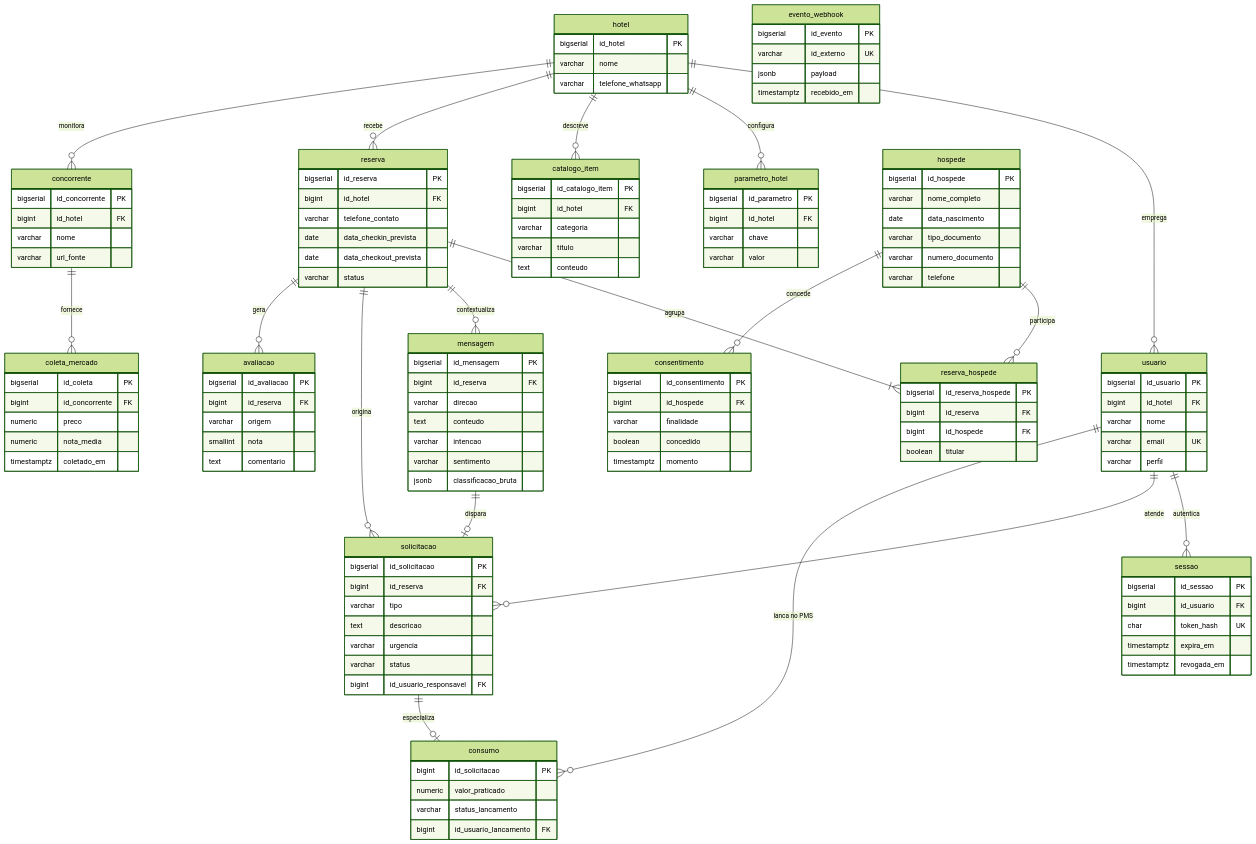
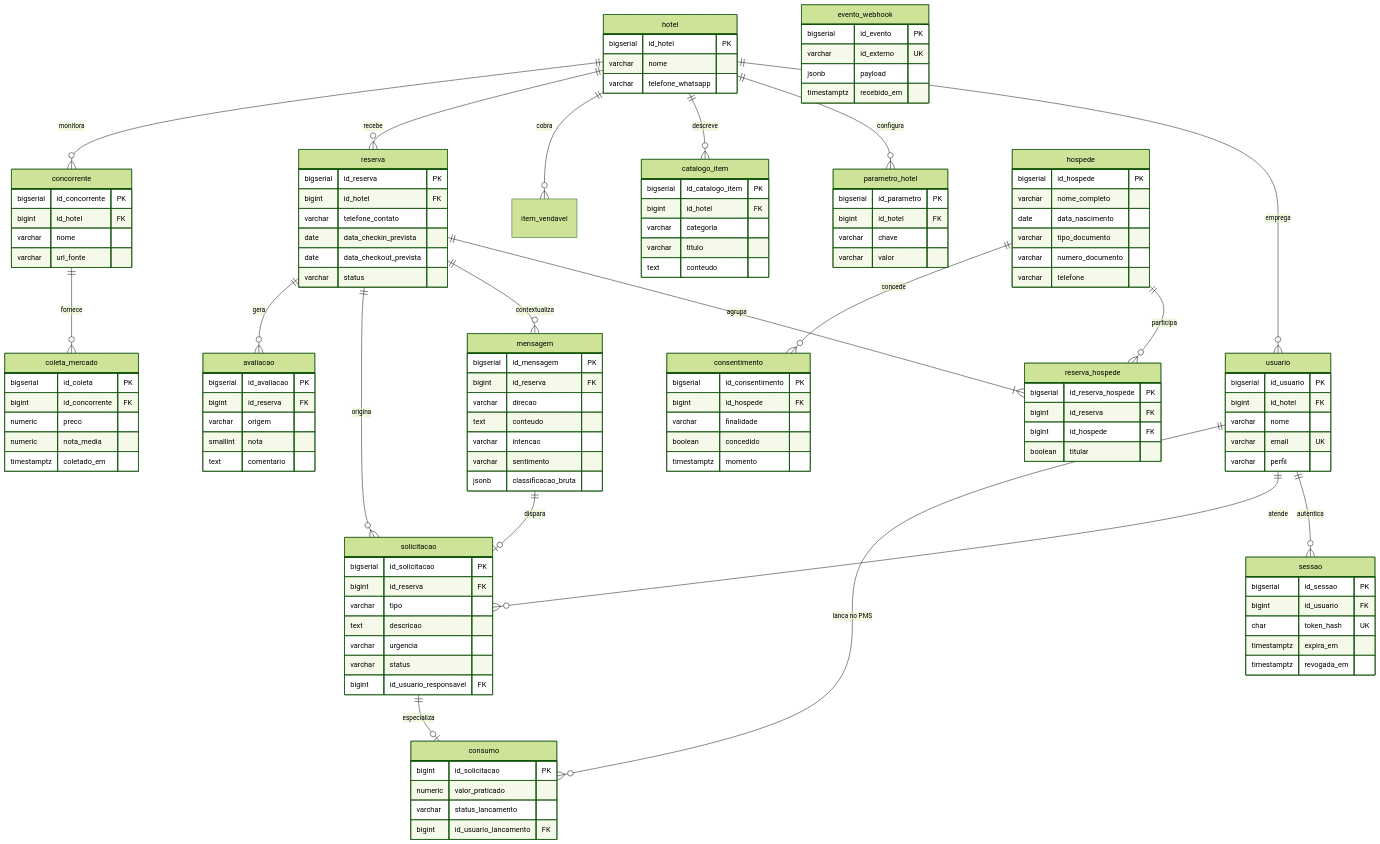
One commit to ThiagoAlvesFeitosa/omnistay changed the second of 2 diagrams in docs/04-modelagem-de-dados.md. Above: the diagram before and after it, drawn with Mermaid (forest theme). The commit also changed other lines of this file and 56 other files, not shown here.

```diff
--- a/docs/04-modelagem-de-dados.md
+++ b/docs/04-modelagem-de-dados.md
@@ -186,6 +186,7 @@
     usuario ||--o{ sessao : "autentica"
     hotel ||--o{ parametro_hotel : "configura"
     hotel ||--o{ catalogo_item : "descreve"
+    hotel ||--o{ item_vendavel : "cobra"
     hotel ||--o{ reserva : "recebe"
     hotel ||--o{ concorrente : "monitora"
 
```
